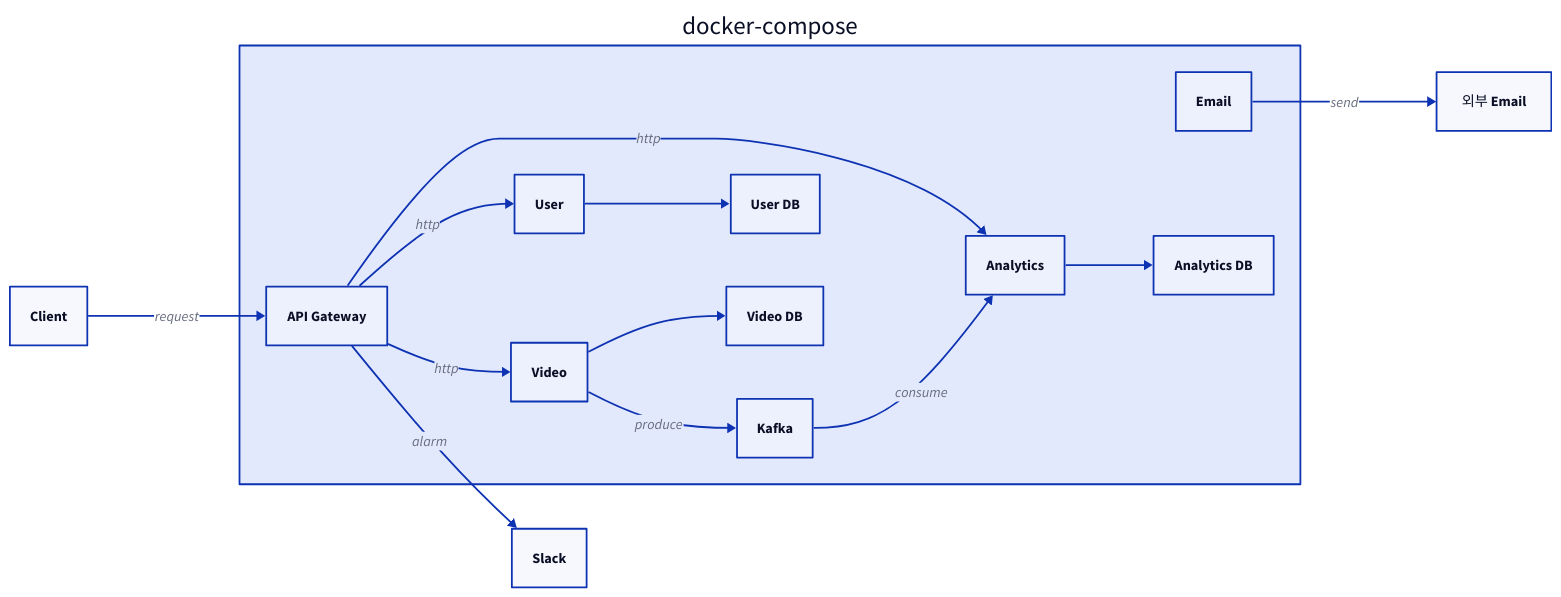
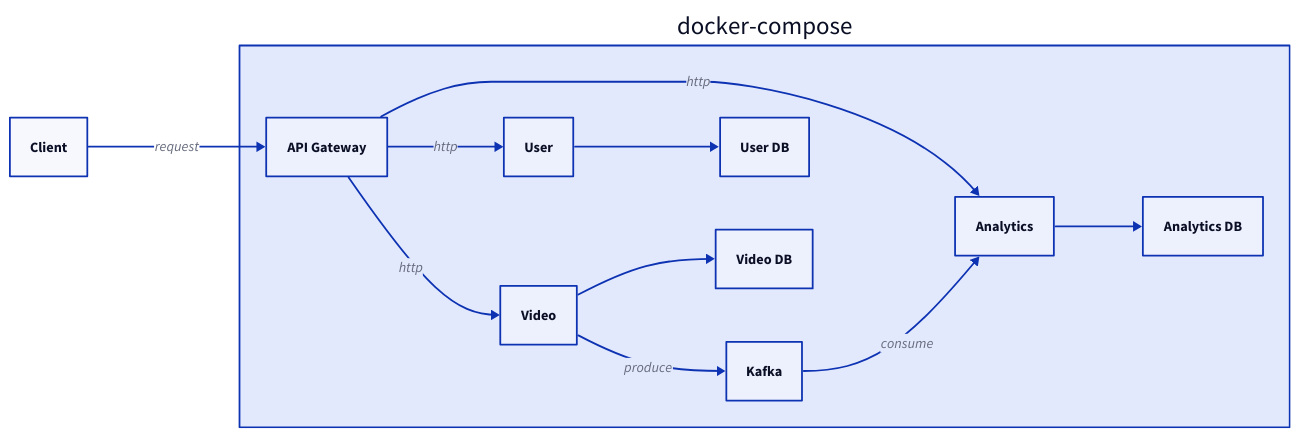
The diagram in diagram/d2/architecture.d2 (fresh502/nestjs-microservice), drawn with D2 before and after one commit. The commit also changed 2 other files, not shown here.

```diff
--- a/diagram/d2/architecture.d2
+++ b/diagram/d2/architecture.d2
@@ -1,35 +1,28 @@
 direction: right
 
 client: Client
 
 client -> docker_compose.api_gateway: request
 
 docker_compose: docker-compose {
   api_gateway: API Gateway
   user: User
   video: Video
   analytics: Analytics
-  email: Email
 
   kafka: Kafka
   user_db: User DB
   video_db: Video DB
   analytics_db: Analytics DB
 
   api_gateway -> user: http
   api_gateway -> video: http
   api_gateway -> analytics: http
 
   video -> kafka: produce
   kafka -> analytics: consume
 
   user -> user_db
   video -> video_db
   analytics -> analytics_db
 }
-
-email: 외부 Email
-slack: Slack
-
-docker_compose.email -> email: send
-docker_compose.api_gateway -> slack: alarm
```
